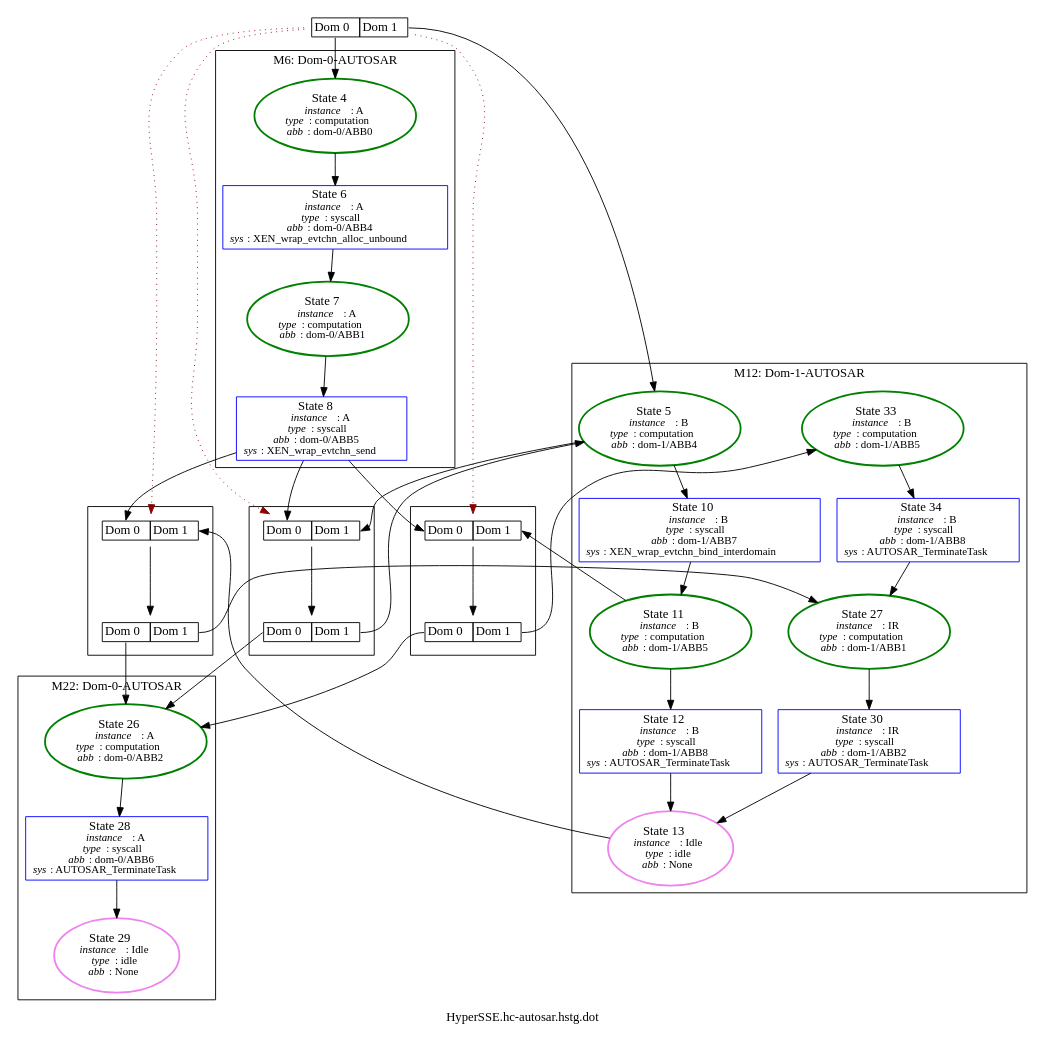
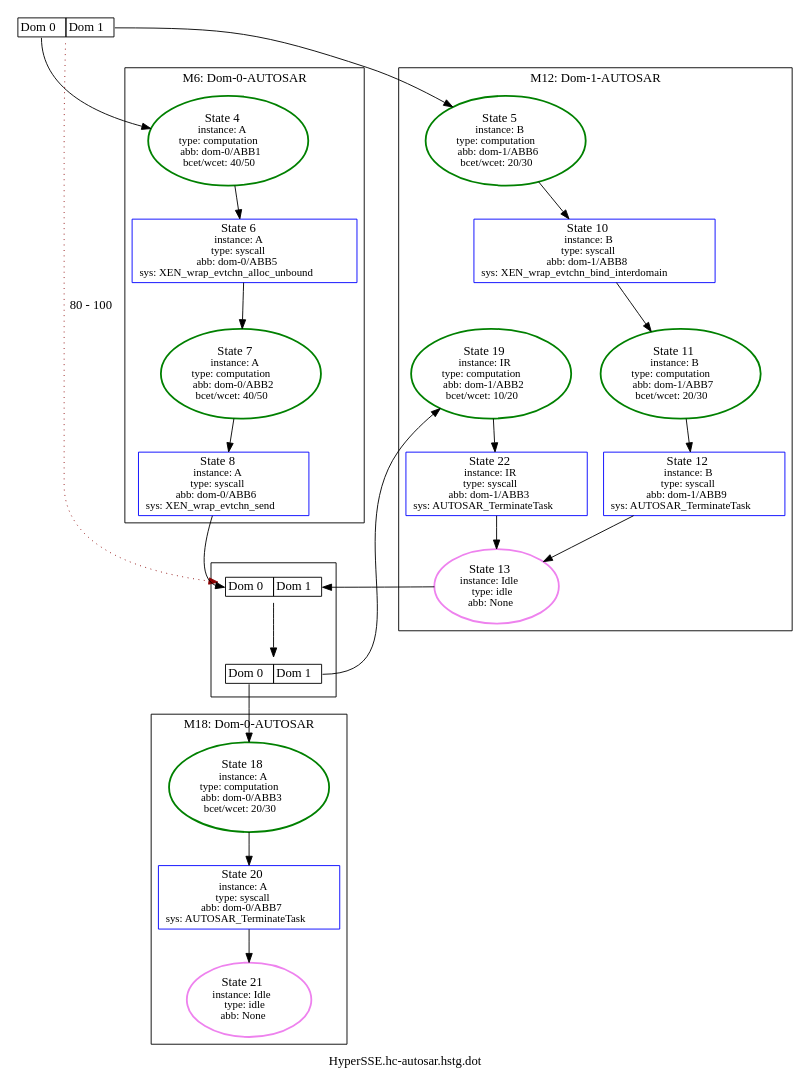
One commit to luhsra/ara changed the diagram in appl/Xen/hc-autosar/HyperSSE.hc-autosar.hstg.dot. Above: the diagram before and after it, drawn with Graphviz. The commit also changed 47 other files, not shown here.

```diff
--- a/appl/Xen/hc-autosar/HyperSSE.hc-autosar.hstg.dot
+++ b/appl/Xen/hc-autosar/HyperSSE.hc-autosar.hstg.dot
@@ -1,83 +1,55 @@
 digraph G {
 label="HyperSSE.hc-autosar.hstg.dot";
 1 [label=<<TABLE BORDER="0" CELLBORDER="1" CELLSPACING="0"><TR><TD PORT="c0">Dom 0</TD><TD PORT="c1">Dom 1</TD></TR></TABLE>>, shape=plaintext, tooltip=1];
 subgraph cluster_6 {
 label="M6: Dom-0-AUTOSAR";
-2 [color=green, fontsize=14, label=<State 4<br/><font point-size='12'><i>instance</i>: A<br/><i>type</i>: computation<br/><i>abb</i>: dom-0/ABB0</font>>, style=bold, tooltip=2];
-3 [color=blue, fontsize=14, label=<State 6<br/><font point-size='12'><i>instance</i>: A<br/><i>type</i>: syscall<br/><i>abb</i>: dom-0/ABB4<br/><i>sys</i>: XEN_wrap_evtchn_alloc_unbound</font>>, shape=box, tooltip=3];
-4 [color=green, fontsize=14, label=<State 7<br/><font point-size='12'><i>instance</i>: A<br/><i>type</i>: computation<br/><i>abb</i>: dom-0/ABB1</font>>, style=bold, tooltip=4];
-5 [color=blue, fontsize=14, label=<State 8<br/><font point-size='12'><i>instance</i>: A<br/><i>type</i>: syscall<br/><i>abb</i>: dom-0/ABB5<br/><i>sys</i>: XEN_wrap_evtchn_send</font>>, shape=box, tooltip=5];
+2 [color=green, fontsize=14, label=<State 4<br/><font point-size='12'>instance: A<br/>type: computation<br/>abb: dom-0/ABB1<br/>bcet/wcet: 40/50</font>>, style=bold, tooltip=2];
+3 [color=blue, fontsize=14, label=<State 6<br/><font point-size='12'>instance: A<br/>type: syscall<br/>abb: dom-0/ABB5<br/>sys: XEN_wrap_evtchn_alloc_unbound</font>>, shape=box, tooltip=3];
+4 [color=green, fontsize=14, label=<State 7<br/><font point-size='12'>instance: A<br/>type: computation<br/>abb: dom-0/ABB2<br/>bcet/wcet: 40/50</font>>, style=bold, tooltip=4];
+5 [color=blue, fontsize=14, label=<State 8<br/><font point-size='12'>instance: A<br/>type: syscall<br/>abb: dom-0/ABB6<br/>sys: XEN_wrap_evtchn_send</font>>, shape=box, tooltip=5];
 }
 
 subgraph cluster_12 {
 label="M12: Dom-1-AUTOSAR";
-7 [color=green, fontsize=14, label=<State 5<br/><font point-size='12'><i>instance</i>: B<br/><i>type</i>: computation<br/><i>abb</i>: dom-1/ABB4</font>>, style=bold, tooltip=7];
-8 [color=blue, fontsize=14, label=<State 10<br/><font point-size='12'><i>instance</i>: B<br/><i>type</i>: syscall<br/><i>abb</i>: dom-1/ABB7<br/><i>sys</i>: XEN_wrap_evtchn_bind_interdomain</font>>, shape=box, tooltip=8];
-9 [color=green, fontsize=14, label=<State 11<br/><font point-size='12'><i>instance</i>: B<br/><i>type</i>: computation<br/><i>abb</i>: dom-1/ABB5</font>>, style=bold, tooltip=9];
-10 [color=blue, fontsize=14, label=<State 12<br/><font point-size='12'><i>instance</i>: B<br/><i>type</i>: syscall<br/><i>abb</i>: dom-1/ABB8<br/><i>sys</i>: AUTOSAR_TerminateTask</font>>, shape=box, tooltip=10];
-11 [color=violet, fontsize=14, label=<State 13<br/><font point-size='12'><i>instance</i>: Idle<br/><i>type</i>: idle<br/><i>abb</i>: None</font>>, style=bold, tooltip=11];
-24 [color=blue, fontsize=14, label=<State 30<br/><font point-size='12'><i>instance</i>: IR<br/><i>type</i>: syscall<br/><i>abb</i>: dom-1/ABB2<br/><i>sys</i>: AUTOSAR_TerminateTask</font>>, shape=box, tooltip=24];
-23 [color=green, fontsize=14, label=<State 27<br/><font point-size='12'><i>instance</i>: IR<br/><i>type</i>: computation<br/><i>abb</i>: dom-1/ABB1</font>>, style=bold, tooltip=23];
-25 [color=green, fontsize=14, label=<State 33<br/><font point-size='12'><i>instance</i>: B<br/><i>type</i>: computation<br/><i>abb</i>: dom-1/ABB5</font>>, style=bold, tooltip=25];
-26 [color=blue, fontsize=14, label=<State 34<br/><font point-size='12'><i>instance</i>: B<br/><i>type</i>: syscall<br/><i>abb</i>: dom-1/ABB8<br/><i>sys</i>: AUTOSAR_TerminateTask</font>>, shape=box, tooltip=26];
+7 [color=green, fontsize=14, label=<State 5<br/><font point-size='12'>instance: B<br/>type: computation<br/>abb: dom-1/ABB6<br/>bcet/wcet: 20/30</font>>, style=bold, tooltip=7];
+8 [color=blue, fontsize=14, label=<State 10<br/><font point-size='12'>instance: B<br/>type: syscall<br/>abb: dom-1/ABB8<br/>sys: XEN_wrap_evtchn_bind_interdomain</font>>, shape=box, tooltip=8];
+9 [color=green, fontsize=14, label=<State 11<br/><font point-size='12'>instance: B<br/>type: computation<br/>abb: dom-1/ABB7<br/>bcet/wcet: 20/30</font>>, style=bold, tooltip=9];
+10 [color=blue, fontsize=14, label=<State 12<br/><font point-size='12'>instance: B<br/>type: syscall<br/>abb: dom-1/ABB9<br/>sys: AUTOSAR_TerminateTask</font>>, shape=box, tooltip=10];
+11 [color=violet, fontsize=14, label=<State 13<br/><font point-size='12'>instance: Idle<br/>type: idle<br/>abb: None</font>>, style=bold, tooltip=11];
+19 [color=green, fontsize=14, label=<State 19<br/><font point-size='12'>instance: IR<br/>type: computation<br/>abb: dom-1/ABB2<br/>bcet/wcet: 10/20</font>>, style=bold, tooltip=19];
+20 [color=blue, fontsize=14, label=<State 22<br/><font point-size='12'>instance: IR<br/>type: syscall<br/>abb: dom-1/ABB3<br/>sys: AUTOSAR_TerminateTask</font>>, shape=box, tooltip=20];
 }
 
-subgraph cluster_22 {
-label="M22: Dom-0-AUTOSAR";
-19 [color=green, fontsize=14, label=<State 26<br/><font point-size='12'><i>instance</i>: A<br/><i>type</i>: computation<br/><i>abb</i>: dom-0/ABB2</font>>, style=bold, tooltip=19];
-20 [color=blue, fontsize=14, label=<State 28<br/><font point-size='12'><i>instance</i>: A<br/><i>type</i>: syscall<br/><i>abb</i>: dom-0/ABB6<br/><i>sys</i>: AUTOSAR_TerminateTask</font>>, shape=box, tooltip=20];
-21 [color=violet, fontsize=14, label=<State 29<br/><font point-size='12'><i>instance</i>: Idle<br/><i>type</i>: idle<br/><i>abb</i>: None</font>>, style=bold, tooltip=21];
+subgraph cluster_18 {
+label="M18: Dom-0-AUTOSAR";
+16 [color=blue, fontsize=14, label=<State 20<br/><font point-size='12'>instance: A<br/>type: syscall<br/>abb: dom-0/ABB7<br/>sys: AUTOSAR_TerminateTask</font>>, shape=box, tooltip=16];
+17 [color=violet, fontsize=14, label=<State 21<br/><font point-size='12'>instance: Idle<br/>type: idle<br/>abb: None</font>>, style=bold, tooltip=17];
+15 [color=green, fontsize=14, label=<State 18<br/><font point-size='12'>instance: A<br/>type: computation<br/>abb: dom-0/ABB3<br/>bcet/wcet: 20/30</font>>, style=bold, tooltip=15];
 }
 
 subgraph cluster_Metasync13 {
 label="";
 13 [label=<<TABLE BORDER="0" CELLBORDER="1" CELLSPACING="0"><TR><TD PORT="c0">Dom 0</TD><TD PORT="c1">Dom 1</TD></TR></TABLE>>, shape=plaintext, tooltip=13];
 14 [label=<<TABLE BORDER="0" CELLBORDER="1" CELLSPACING="0"><TR><TD PORT="c0">Dom 0</TD><TD PORT="c1">Dom 1</TD></TR></TABLE>>, shape=plaintext, tooltip=14];
 }
 
-subgraph cluster_Metasync15 {
-label="";
-15 [label=<<TABLE BORDER="0" CELLBORDER="1" CELLSPACING="0"><TR><TD PORT="c0">Dom 0</TD><TD PORT="c1">Dom 1</TD></TR></TABLE>>, shape=plaintext, tooltip=15];
-16 [label=<<TABLE BORDER="0" CELLBORDER="1" CELLSPACING="0"><TR><TD PORT="c0">Dom 0</TD><TD PORT="c1">Dom 1</TD></TR></TABLE>>, shape=plaintext, tooltip=16];
-}
-
-subgraph cluster_Metasync17 {
-label="";
-17 [label=<<TABLE BORDER="0" CELLBORDER="1" CELLSPACING="0"><TR><TD PORT="c0">Dom 0</TD><TD PORT="c1">Dom 1</TD></TR></TABLE>>, shape=plaintext, tooltip=17];
-18 [label=<<TABLE BORDER="0" CELLBORDER="1" CELLSPACING="0"><TR><TD PORT="c0">Dom 0</TD><TD PORT="c1">Dom 1</TD></TR></TABLE>>, shape=plaintext, tooltip=18];
-}
-
 1:c0 -> 2  [color=black];
 1:c1 -> 7  [color=black];
-1 -> 13  [color=darkred, style=dotted];
-1 -> 15  [color=darkred, style=dotted];
-1 -> 17  [color=darkred, style=dotted];
+1 -> 13  [color=darkred, label="80 - 100", style=dotted];
 2 -> 3  [color=black];
 3 -> 4  [color=black];
 4 -> 5  [color=black];
 5 -> 13:c0  [color=black];
-5 -> 15:c0  [color=black];
-5 -> 17:c0  [color=black];
 7 -> 8  [color=black];
-7 -> 17:c1  [color=black];
 8 -> 9  [color=black];
 9 -> 10  [color=black];
-9 -> 15:c1  [color=black];
 10 -> 11  [color=black];
 11 -> 13:c1  [color=black];
 13 -> 14  [color=black];
-14:c0 -> 19  [color=black];
-14:c1 -> 23  [color=black];
+14:c0 -> 15  [color=black];
+14:c1 -> 19  [color=black];
 15 -> 16  [color=black];
-16:c0 -> 19  [color=black];
-16:c1 -> 25  [color=black];
-17 -> 18  [color=black];
-18:c0 -> 19  [color=black];
-18:c1 -> 7  [color=black];
+16 -> 17  [color=black];
 19 -> 20  [color=black];
-20 -> 21  [color=black];
-23 -> 24  [color=black];
-24 -> 11  [color=black];
-25 -> 26  [color=black];
-26 -> 23  [color=black];
+20 -> 11  [color=black];
 }
```
